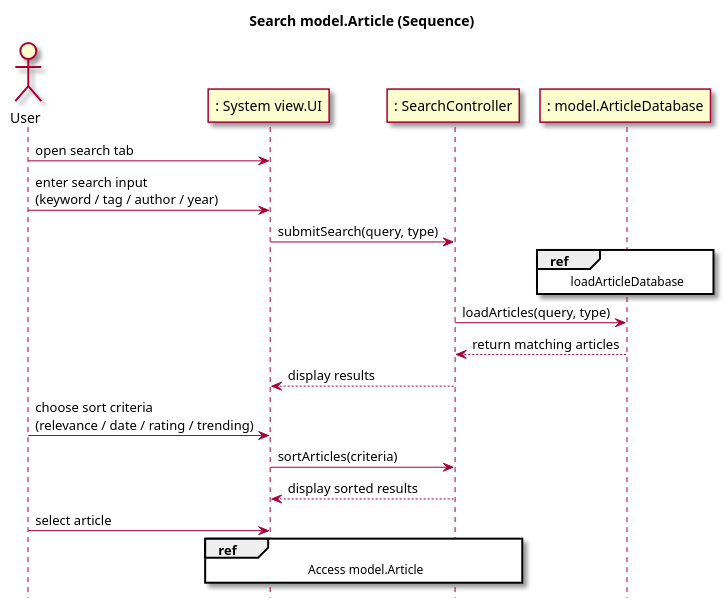
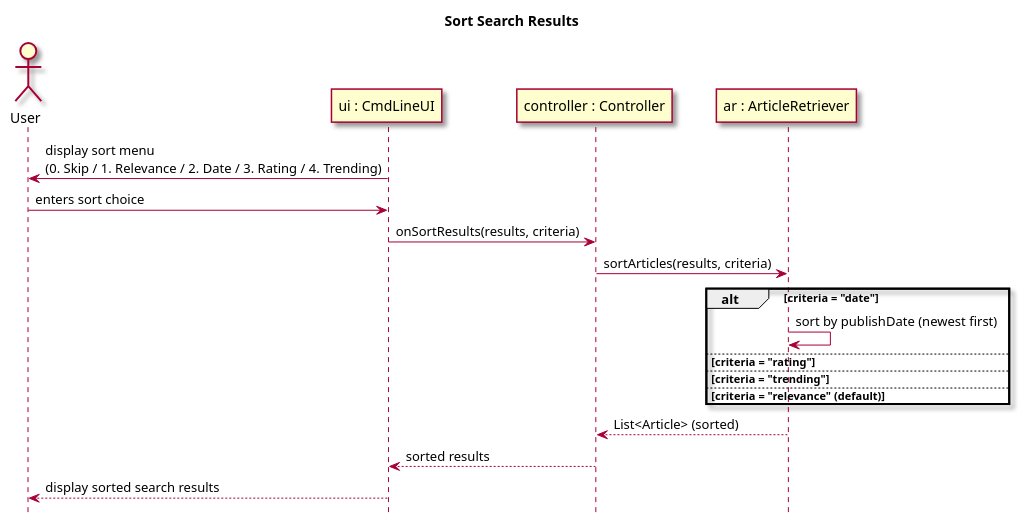
The fifth of 6 diagrams in intellij/doc/use-cases/search-article.md (owhitleym-ui/EcoScoop), drawn with PlantUML before and after one commit. The commit also changed other lines of this file and 8 other files, not shown here.

Commit message:
Updated Sequence Diagrams

````diff
--- a/intellij/doc/use-cases/search-article.md
+++ b/intellij/doc/use-cases/search-article.md
@@ -74,36 +179,33 @@
 ```plantuml
 @startuml
 skin rose
 hide footbox
-title Search model.Article (Sequence)
+title Sort Search Results
 
-actor User
-participant ": System view.UI" as view.UI
-participant ": SearchController" as controller.Controller
-participant ": model.ArticleDatabase" as Database
-
-User -> view.UI : open search tab
-User -> view.UI : enter search input\n(keyword / tag / author / year)
-view.UI -> controller.Controller : submitSearch(query, type)
-
-ref over Database 
-loadArticleDatabase
-end ref
-
-controller.Controller -> Database : loadArticles(query, type)
-Database --> controller.Controller : return matching articles
-
-controller.Controller --> view.UI : display results
-User -> view.UI : choose sort criteria\n(relevance / date / rating / trending)
-view.UI -> controller.Controller : sortArticles(criteria)
-controller.Controller --> view.UI : display sorted results
+actor User as user
+participant "ui : CmdLineUI" as UI
+participant "controller : Controller" as controller
+participant "ar : ArticleRetriever" as AR
 
 
-User -> view.UI : select article
-ref over view.UI, controller.Controller
-  Access model.Article
-end ref
+UI -> user : display sort menu\n(0. Skip / 1. Relevance / 2. Date / 3. Rating / 4. Trending)
+user -> UI : enters sort choice
+UI -> controller : onSortResults(results, criteria)
+controller -> AR : sortArticles(results, criteria)
+
+alt criteria = "date"
+  AR -> AR : sort by publishDate (newest first)
+else criteria = "rating"
+  note right : Not yet implemented
+else criteria = "trending"
+  note right : Not yet implemented
+else criteria = "relevance" (default)
+  note right : Not yet implemented
+end
+
+AR --> controller : List<Article> (sorted)
+controller --> UI : sorted results
+UI --> user : display sorted search results
 
 @enduml
-
 ```
````
